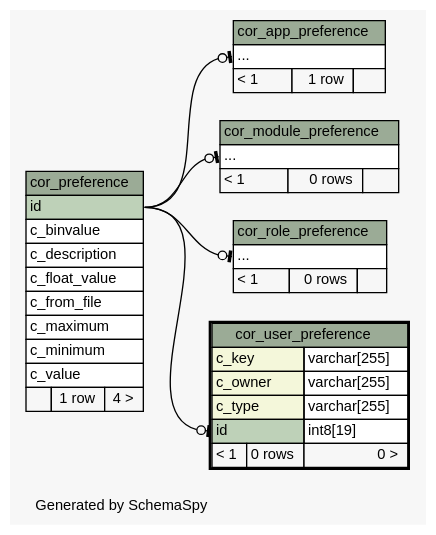
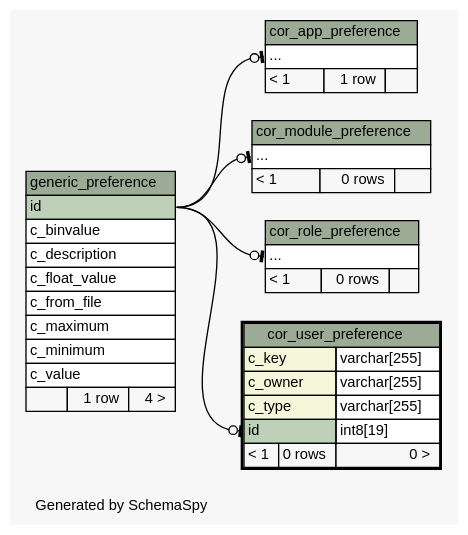
The diagram in schemaspy/diagrams/cor_user_preference.2degrees.dot (openwms/org.openwms.core.preferences.lib), drawn with Graphviz before and after one commit. The commit also changed 270 other files, not shown here.

```diff
--- a/schemaspy/diagrams/cor_user_preference.2degrees.dot
+++ b/schemaspy/diagrams/cor_user_preference.2degrees.dot
@@ -1,86 +1,86 @@
-// dot 2.38.0 on Linux 4.15.0-1037-gcp
+// dot 2.36.0 on Linux 4.4.0-101-generic
 // SchemaSpy rev Unknown
 digraph "twoDegreesRelationshipsDiagram" {
   graph [
     rankdir="RL"
     bgcolor="#f7f7f7"
     label="\nGenerated by SchemaSpy"
     labeljust="l"
     nodesep="0.18"
     ranksep="0.46"
     fontname="Helvetica"
     fontsize="11"
   ];
   node [
     fontname="Helvetica"
     fontsize="11"
     shape="plaintext"
   ];
   edge [
     arrowsize="0.8"
   ];
-  "cor_app_preference":"elipses":w -> "cor_preference":"id":e [arrowhead=none dir=back arrowtail=teeodot];
-  "cor_module_preference":"elipses":w -> "cor_preference":"id":e [arrowhead=none dir=back arrowtail=teeodot];
-  "cor_role_preference":"elipses":w -> "cor_preference":"id":e [arrowhead=none dir=back arrowtail=teeodot];
-  "cor_user_preference":"id":w -> "cor_preference":"id":e [arrowhead=none dir=back arrowtail=teeodot];
+  "cor_app_preference":"elipses":w -> "generic_preference":"id":e [arrowhead=none dir=back arrowtail=teeodot];
+  "cor_module_preference":"elipses":w -> "generic_preference":"id":e [arrowhead=none dir=back arrowtail=teeodot];
+  "cor_role_preference":"elipses":w -> "generic_preference":"id":e [arrowhead=none dir=back arrowtail=teeodot];
+  "cor_user_preference":"id":w -> "generic_preference":"id":e [arrowhead=none dir=back arrowtail=teeodot];
   "cor_app_preference" [
     label=<
     <TABLE BORDER="0" CELLBORDER="1" CELLSPACING="0" BGCOLOR="#ffffff">
       <TR><TD COLSPAN="3" BGCOLOR="#9bab96" ALIGN="CENTER">cor_app_preference</TD></TR>
       <TR><TD PORT="elipses" COLSPAN="3" ALIGN="LEFT">...</TD></TR>
       <TR><TD ALIGN="LEFT" BGCOLOR="#f7f7f7">&lt; 1</TD><TD ALIGN="RIGHT" BGCOLOR="#f7f7f7">1 row</TD><TD ALIGN="RIGHT" BGCOLOR="#f7f7f7">  </TD></TR>
     </TABLE>>
     URL="cor_app_preference.html"
     tooltip="cor_app_preference"
   ];
   "cor_module_preference" [
     label=<
     <TABLE BORDER="0" CELLBORDER="1" CELLSPACING="0" BGCOLOR="#ffffff">
       <TR><TD COLSPAN="3" BGCOLOR="#9bab96" ALIGN="CENTER">cor_module_preference</TD></TR>
       <TR><TD PORT="elipses" COLSPAN="3" ALIGN="LEFT">...</TD></TR>
       <TR><TD ALIGN="LEFT" BGCOLOR="#f7f7f7">&lt; 1</TD><TD ALIGN="RIGHT" BGCOLOR="#f7f7f7">0 rows</TD><TD ALIGN="RIGHT" BGCOLOR="#f7f7f7">  </TD></TR>
     </TABLE>>
     URL="cor_module_preference.html"
     tooltip="cor_module_preference"
-  ];
-  "cor_preference" [
-    label=<
-    <TABLE BORDER="0" CELLBORDER="1" CELLSPACING="0" BGCOLOR="#ffffff">
-      <TR><TD COLSPAN="3" BGCOLOR="#9bab96" ALIGN="CENTER">cor_preference</TD></TR>
-      <TR><TD PORT="id" COLSPAN="3" BGCOLOR="#bed1b8" ALIGN="LEFT">id</TD></TR>
-      <TR><TD PORT="c_binvalue" COLSPAN="3" ALIGN="LEFT">c_binvalue</TD></TR>
-      <TR><TD PORT="c_description" COLSPAN="3" ALIGN="LEFT">c_description</TD></TR>
-      <TR><TD PORT="c_float_value" COLSPAN="3" ALIGN="LEFT">c_float_value</TD></TR>
-      <TR><TD PORT="c_from_file" COLSPAN="3" ALIGN="LEFT">c_from_file</TD></TR>
-      <TR><TD PORT="c_maximum" COLSPAN="3" ALIGN="LEFT">c_maximum</TD></TR>
-      <TR><TD PORT="c_minimum" COLSPAN="3" ALIGN="LEFT">c_minimum</TD></TR>
-      <TR><TD PORT="c_value" COLSPAN="3" ALIGN="LEFT">c_value</TD></TR>
-      <TR><TD ALIGN="LEFT" BGCOLOR="#f7f7f7">  </TD><TD ALIGN="RIGHT" BGCOLOR="#f7f7f7">1 row</TD><TD ALIGN="RIGHT" BGCOLOR="#f7f7f7">4 &gt;</TD></TR>
-    </TABLE>>
-    URL="cor_preference.html"
-    tooltip="cor_preference"
   ];
   "cor_role_preference" [
     label=<
     <TABLE BORDER="0" CELLBORDER="1" CELLSPACING="0" BGCOLOR="#ffffff">
       <TR><TD COLSPAN="3" BGCOLOR="#9bab96" ALIGN="CENTER">cor_role_preference</TD></TR>
       <TR><TD PORT="elipses" COLSPAN="3" ALIGN="LEFT">...</TD></TR>
       <TR><TD ALIGN="LEFT" BGCOLOR="#f7f7f7">&lt; 1</TD><TD ALIGN="RIGHT" BGCOLOR="#f7f7f7">0 rows</TD><TD ALIGN="RIGHT" BGCOLOR="#f7f7f7">  </TD></TR>
     </TABLE>>
     URL="cor_role_preference.html"
     tooltip="cor_role_preference"
   ];
   "cor_user_preference" [
     label=<
     <TABLE BORDER="2" CELLBORDER="1" CELLSPACING="0" BGCOLOR="#ffffff">
       <TR><TD COLSPAN="3" BGCOLOR="#9bab96" ALIGN="CENTER">cor_user_preference</TD></TR>
       <TR><TD PORT="c_key" COLSPAN="2" BGCOLOR="#f4f7da" ALIGN="LEFT">c_key</TD><TD PORT="c_key.type" ALIGN="LEFT">varchar[255]</TD></TR>
       <TR><TD PORT="c_owner" COLSPAN="2" BGCOLOR="#f4f7da" ALIGN="LEFT">c_owner</TD><TD PORT="c_owner.type" ALIGN="LEFT">varchar[255]</TD></TR>
       <TR><TD PORT="c_type" COLSPAN="2" BGCOLOR="#f4f7da" ALIGN="LEFT">c_type</TD><TD PORT="c_type.type" ALIGN="LEFT">varchar[255]</TD></TR>
       <TR><TD PORT="id" COLSPAN="2" BGCOLOR="#bed1b8" ALIGN="LEFT">id</TD><TD PORT="id.type" ALIGN="LEFT">int8[19]</TD></TR>
       <TR><TD ALIGN="LEFT" BGCOLOR="#f7f7f7">&lt; 1</TD><TD ALIGN="RIGHT" BGCOLOR="#f7f7f7">0 rows</TD><TD ALIGN="RIGHT" BGCOLOR="#f7f7f7">0 &gt;</TD></TR>
     </TABLE>>
     URL="cor_user_preference.html"
     tooltip="cor_user_preference"
   ];
+  "generic_preference" [
+    label=<
+    <TABLE BORDER="0" CELLBORDER="1" CELLSPACING="0" BGCOLOR="#ffffff">
+      <TR><TD COLSPAN="3" BGCOLOR="#9bab96" ALIGN="CENTER">generic_preference</TD></TR>
+      <TR><TD PORT="id" COLSPAN="3" BGCOLOR="#bed1b8" ALIGN="LEFT">id</TD></TR>
+      <TR><TD PORT="c_binvalue" COLSPAN="3" ALIGN="LEFT">c_binvalue</TD></TR>
+      <TR><TD PORT="c_description" COLSPAN="3" ALIGN="LEFT">c_description</TD></TR>
+      <TR><TD PORT="c_float_value" COLSPAN="3" ALIGN="LEFT">c_float_value</TD></TR>
+      <TR><TD PORT="c_from_file" COLSPAN="3" ALIGN="LEFT">c_from_file</TD></TR>
+      <TR><TD PORT="c_maximum" COLSPAN="3" ALIGN="LEFT">c_maximum</TD></TR>
+      <TR><TD PORT="c_minimum" COLSPAN="3" ALIGN="LEFT">c_minimum</TD></TR>
+      <TR><TD PORT="c_value" COLSPAN="3" ALIGN="LEFT">c_value</TD></TR>
+      <TR><TD ALIGN="LEFT" BGCOLOR="#f7f7f7">  </TD><TD ALIGN="RIGHT" BGCOLOR="#f7f7f7">1 row</TD><TD ALIGN="RIGHT" BGCOLOR="#f7f7f7">4 &gt;</TD></TR>
+    </TABLE>>
+    URL="generic_preference.html"
+    tooltip="generic_preference"
+  ];
 }
```
